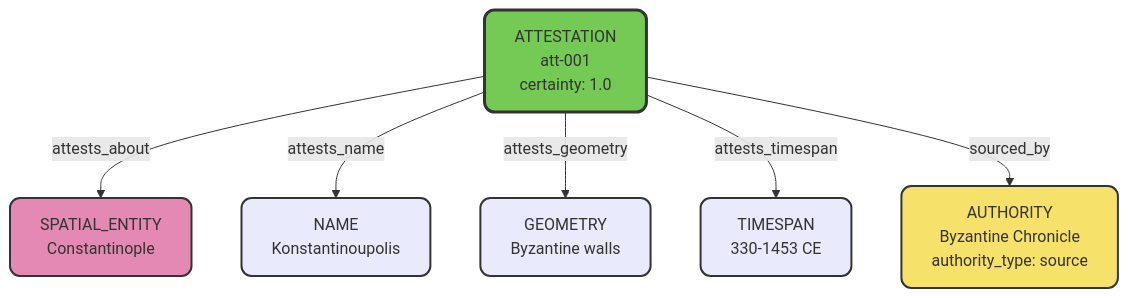
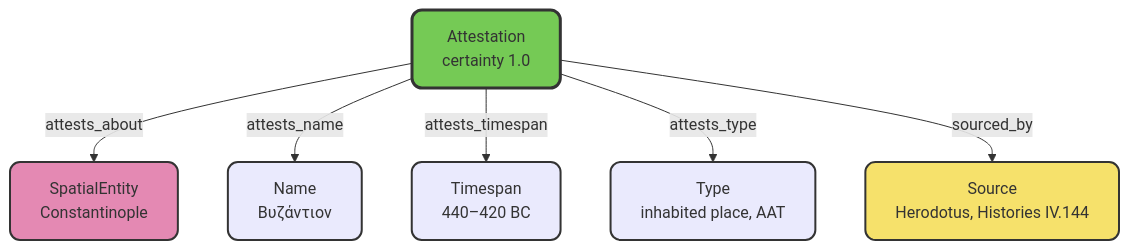
The diagram in content/v4/data-model/introduction.md (WorldHistoricalGazetteer/documentation), drawn with Mermaid before and after one commit. The commit also changed other lines of this file and 18 other files, not shown here.

````diff
--- a/content/v4/data-model/introduction.md
+++ b/content/v4/data-model/introduction.md
@@ -24,22 +74,22 @@
 ```{mermaid}
 graph TD
-    T[SPATIAL_ENTITY<br/>Constantinople]
-    N[NAME<br/>Konstantinoupolis]
-    G[GEOMETRY<br/>Byzantine walls]
-    TS[TIMESPAN<br/>330-1453 CE]
-    AUTH[AUTHORITY<br/>Byzantine Chronicle<br/>authority_type: source]
-    A[ATTESTATION<br/>att-001<br/>certainty: 1.0]
-    
-    A -->|attests_about| T
+    SE[SpatialEntity<br/>Constantinople]
+    N[Name<br/>Βυζάντιον]
+    TS[Timespan<br/>440–420 BC]
+    TY[Type<br/>inhabited place, AAT]
+    S[Source<br/>Herodotus, Histories IV.144]
+    A[Attestation<br/>certainty 1.0]
+
+    A -->|attests_about| SE
     A -->|attests_name| N
-    A -->|attests_geometry| G
     A -->|attests_timespan| TS
-    A -->|sourced_by| AUTH
-    
+    A -->|attests_type| TY
+    A -->|sourced_by| S
+
     style A fill:#75ca55,stroke:#333,stroke-width:3px,rx:10,ry:10
-    style T fill:#e489b3,stroke:#333,stroke-width:2px,rx:10,ry:10
+    style SE fill:#e489b3,stroke:#333,stroke-width:2px,rx:10,ry:10
     style N fill:#eaeafd,stroke:#333,stroke-width:2px,rx:10,ry:10
-    style G fill:#eaeafd,stroke:#333,stroke-width:2px,rx:10,ry:10
     style TS fill:#eaeafd,stroke:#333,stroke-width:2px,rx:10,ry:10
-    style AUTH fill:#f6e16b,stroke:#333,stroke-width:2px,rx:10,ry:10
+    style TY fill:#eaeafd,stroke:#333,stroke-width:2px,rx:10,ry:10
+    style S fill:#f6e16b,stroke:#333,stroke-width:2px,rx:10,ry:10
 ```
````
